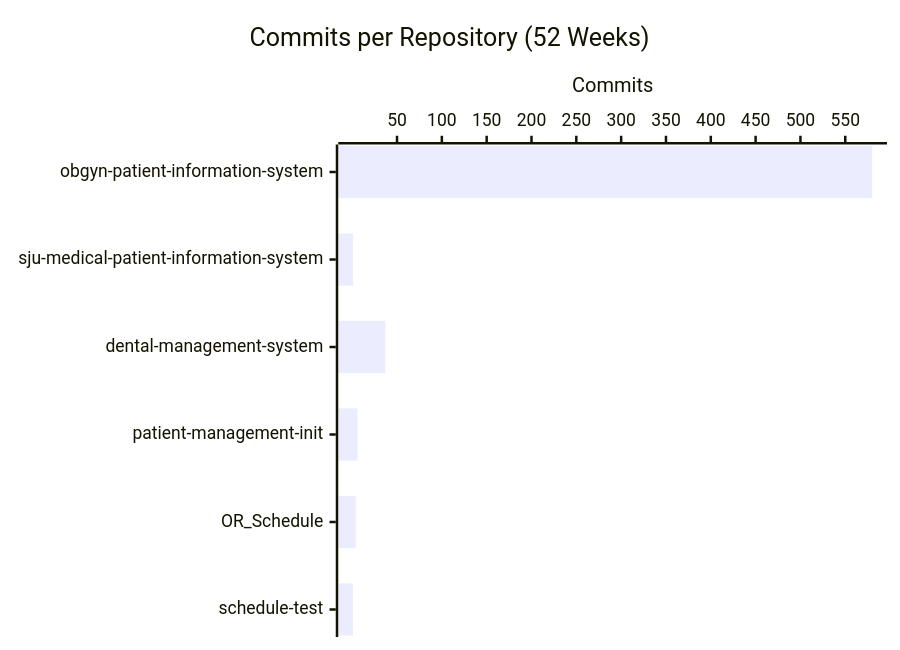
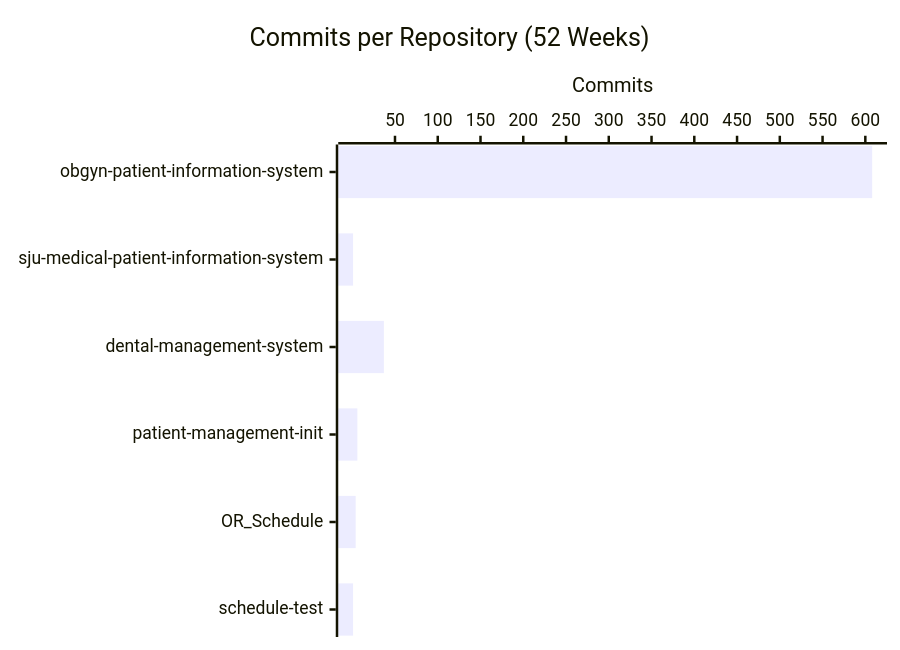
The second of 4 diagrams in profile/README.md (CSTH-Projects/.github), drawn with Mermaid before and after one commit. The commit also changed other lines of this file, not shown here.

````diff
--- a/profile/README.md
+++ b/profile/README.md
@@ -24,7 +24,7 @@
 ```mermaid
 xychart-beta horizontal
     title "Commits per Repository (52 Weeks)"
     x-axis ["obgyn-patient-information-system", "sju-medical-patient-information-system", "dental-management-system", "patient-management-init", "OR_Schedule", "schedule-test"]
     y-axis "Commits"
-    bar [580, 1, 37, 6, 4, 1]
+    bar [608, 1, 37, 6, 4, 1]
 ```
````
